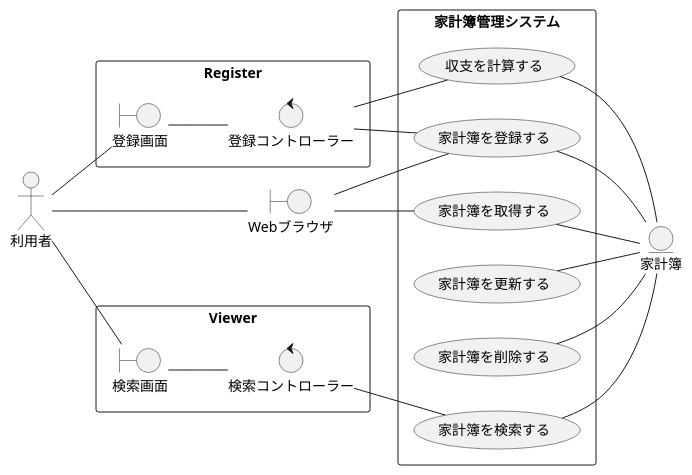
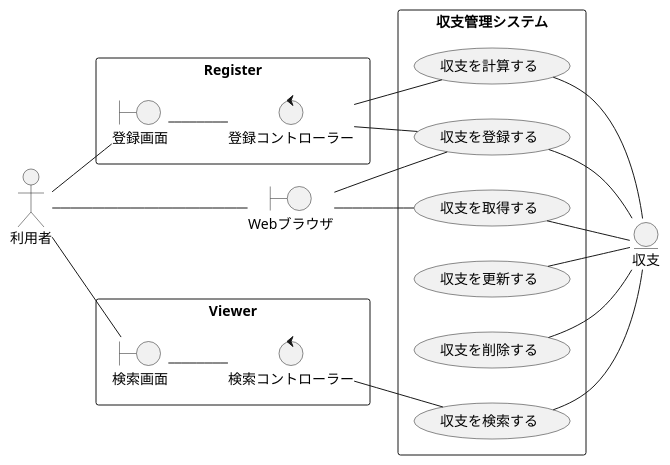
Before and after one commit to Leonis0813/chort: the diagram in algieba/sphinx/requirements.rst, drawn with PlantUML. The commit also changed other lines of this file and 1 other file, not shown here.

```diff
--- a/algieba/sphinx/requirements.rst
+++ b/algieba/sphinx/requirements.rst
@@ -15,37 +15,37 @@
 .. uml::
 
    left to right direction
    skinparam packageStyle rect
    actor 利用者
-   entity 家計簿
+   entity 収支
 
    rectangle Register {
      boundary 登録画面
      control 登録コントローラー
      利用者 -- 登録画面
      登録画面 -- 登録コントローラー
    }
 
    rectangle Viewer {
      boundary 検索画面
      control 検索コントローラー
      利用者 -- 検索画面
      検索画面 -- 検索コントローラー
    }
 
    boundary Webブラウザ
    利用者 -- Webブラウザ
 
-   rectangle 家計簿管理システム {
-     登録コントローラー -- (家計簿を登録する)
-     Webブラウザ -- (家計簿を登録する)
-     (家計簿を登録する) -- 家計簿
-     Webブラウザ -- (家計簿を取得する)
-     (家計簿を取得する) -- 家計簿
-     検索コントローラー -- (家計簿を検索する)
-     (家計簿を検索する) -- 家計簿
-     (家計簿を更新する) -- 家計簿
-     (家計簿を削除する) -- 家計簿
+   rectangle 収支管理システム {
+     登録コントローラー -- (収支を登録する)
+     Webブラウザ -- (収支を登録する)
+     (収支を登録する) -- 収支
+     Webブラウザ -- (収支を取得する)
+     (収支を取得する) -- 収支
+     検索コントローラー -- (収支を検索する)
+     (収支を検索する) -- 収支
+     (収支を更新する) -- 収支
+     (収支を削除する) -- 収支
      登録コントローラー -- (収支を計算する)
-     (収支を計算する) -- 家計簿
+     (収支を計算する) -- 収支
    }
```
